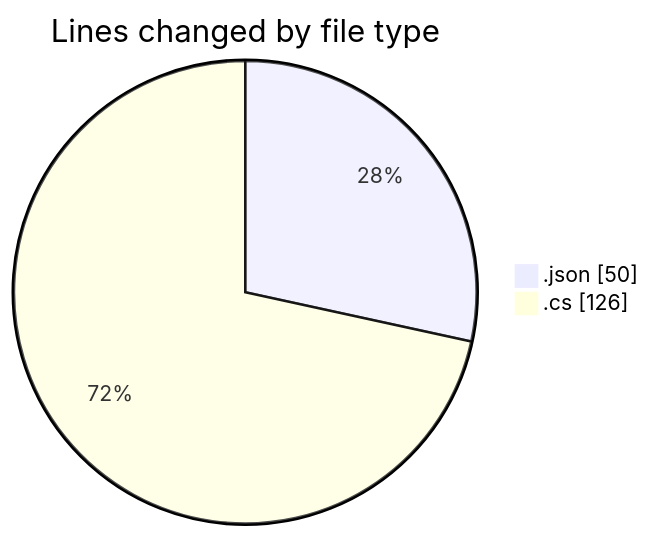
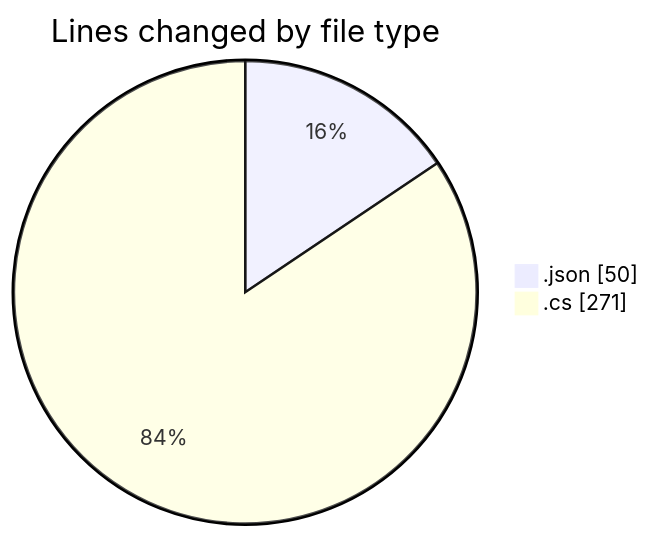
One commit to Netris89/code-tracking changed the first of 2 diagrams in 2025-03-20/back-end/README.md. Above: the diagram before and after it, drawn with Mermaid. The commit also changed other lines of this file and 1 other file, not shown here.

````diff
--- a/2025-03-20/back-end/README.md
+++ b/2025-03-20/back-end/README.md
@@ -22,6 +23,6 @@
 ```mermaid
 pie showData
 title Lines changed by file type
 ".json" : 50
-".cs" : 126
+".cs" : 271
 ```
````
